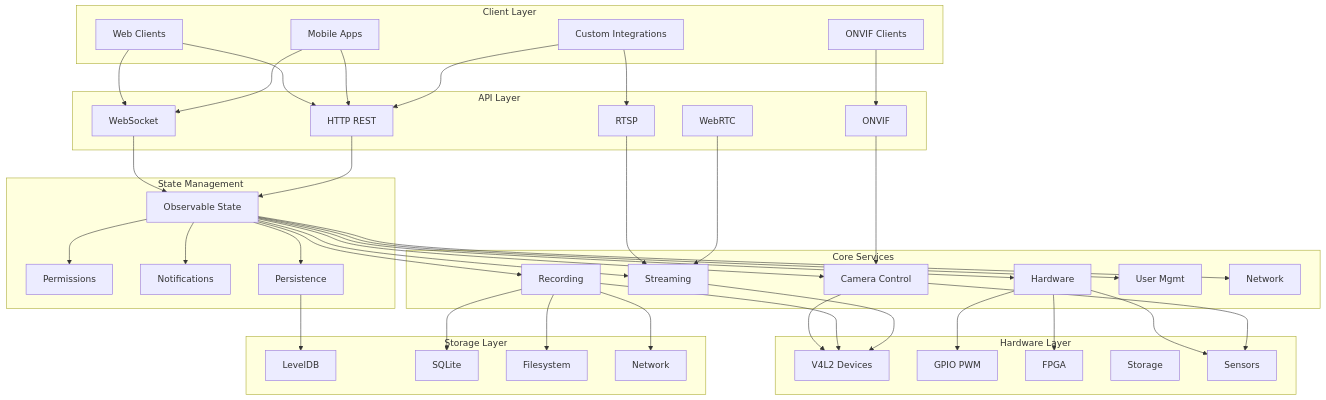
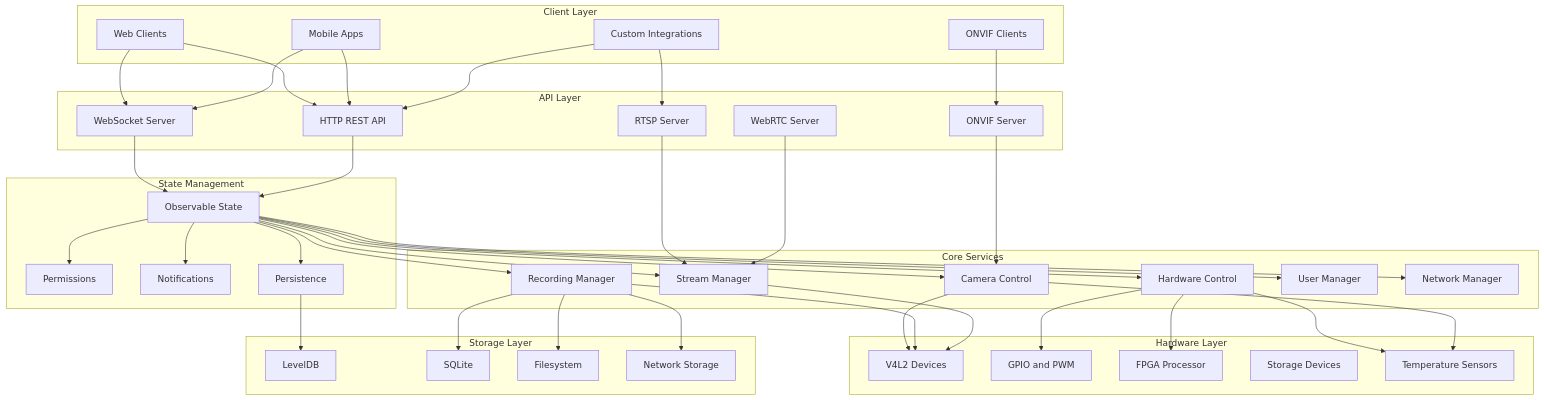
Before and after one commit to JayeshKakkad-Rotoclear/Rotoclear-C-Pro-Docs: the first of 9 diagrams in docs/architecture/overview.md, drawn with Mermaid. The commit also changed other lines of this file and 12 other files, not shown here.

Commit message:
Fix all Mermaid diagrams with proper complete labels - Fixed text bundling issues by using proper full labels - Removed overly abbreviated text that caused code formatting - All node labels now properly display without being truncated - Maintained readability while ensuring proper Mermaid parsing

```diff
--- a/docs/architecture/overview.md
+++ b/docs/architecture/overview.md
@@ -16,11 +16,11 @@
     end
     
     subgraph APILayer["API Layer"]
-        B1[WebSocket]
-        B2[HTTP REST]
-        B3[RTSP]
-        B4[WebRTC]
-        B5[ONVIF]
+        B1[WebSocket Server]
+        B2[HTTP REST API]
+        B3[RTSP Server]
+        B4[WebRTC Server]
+        B5[ONVIF Server]
     end
     
     subgraph StateManagement["State Management"]
@@ -32,26 +32,26 @@
     
     subgraph CoreServices["Core Services"]
         D1[Camera Control]
-        D2[Recording]
-        D3[Streaming]
-        D4[Hardware]
-        D5[User Mgmt]
-        D6[Network]
+        D2[Recording Manager]
+        D3[Stream Manager]
+        D4[Hardware Control]
+        D5[User Manager]
+        D6[Network Manager]
     end
     
     subgraph HardwareLayer["Hardware Layer"]
         E1[V4L2 Devices]
-        E2[GPIO PWM]
-        E3[FPGA]
-        E4[Storage]
-        E5[Sensors]
+        E2[GPIO and PWM]
+        E3[FPGA Processor]
+        E4[Storage Devices]
+        E5[Temperature Sensors]
     end
     
     subgraph StorageLayer["Storage Layer"]
         F1[LevelDB]
         F2[SQLite]
         F3[Filesystem]
-        F4[Network]
+        F4[Network Storage]
     end
     
     A1 --> B1
```
